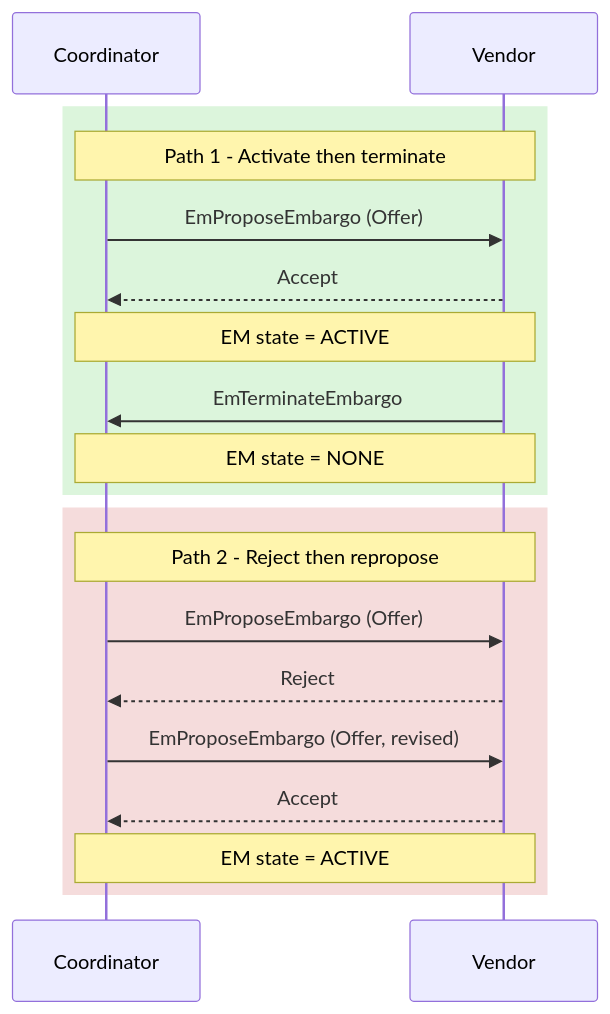
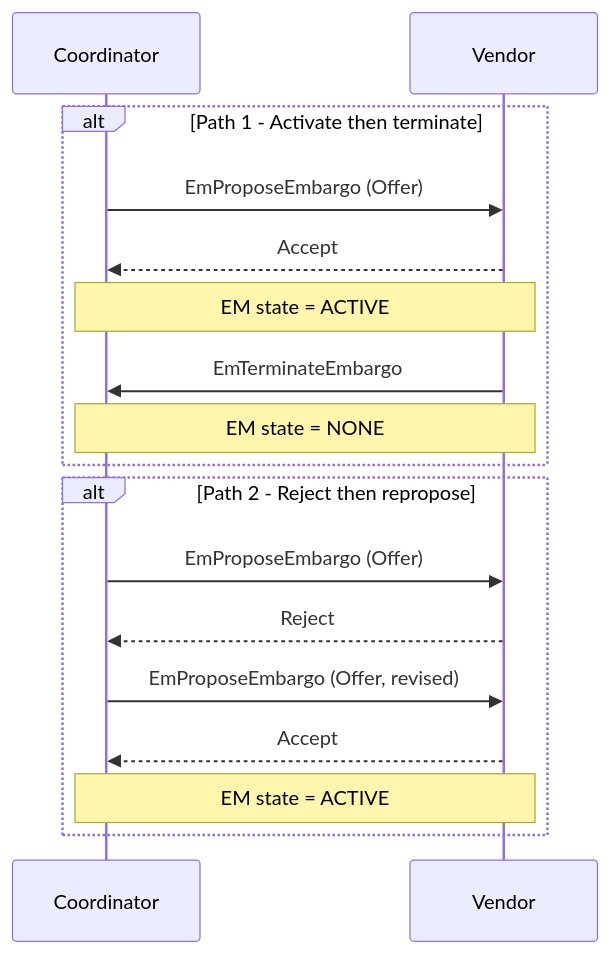
One commit to CERTCC/Vultron changed the sixth of 8 diagrams in docs/tutorials/other_demos.md. Above: the diagram before and after it, drawn with Mermaid. The commit also changed other lines of this file and 2 other files, not shown here.

Commit message:
fix mermaid diagrams in demo docs

````diff
--- a/docs/tutorials/other_demos.md
+++ b/docs/tutorials/other_demos.md
@@ -264,23 +264,21 @@
 ```mermaid
 sequenceDiagram
     participant C as Coordinator
     participant V as Vendor
 
-    rect rgb(220, 245, 220)
-        Note over C,V: Path 1 - Activate then terminate
+    alt  Path 1 - Activate then terminate
         C->>V: EmProposeEmbargo (Offer)
         V-->>C: Accept
         Note over C,V: EM state = ACTIVE
         V->>C: EmTerminateEmbargo
         Note over C,V: EM state = NONE
     end
 
-    rect rgb(245, 220, 220)
-        Note over C,V: Path 2 - Reject then repropose
+    alt Path 2 - Reject then repropose
         C->>V: EmProposeEmbargo (Offer)
         V-->>C: Reject
         C->>V: EmProposeEmbargo (Offer, revised)
         V-->>C: Accept
         Note over C,V: EM state = ACTIVE
     end
 ```
````
